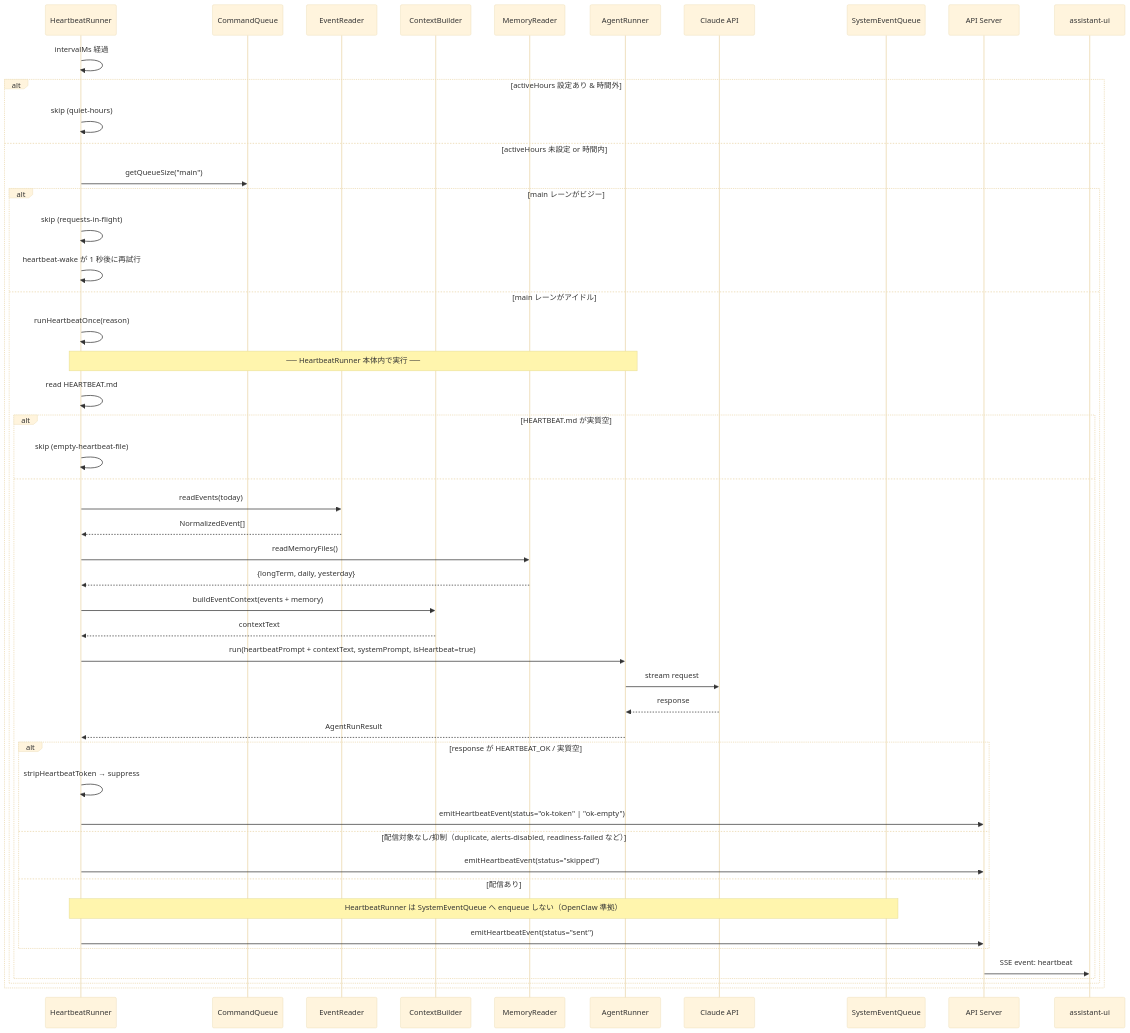
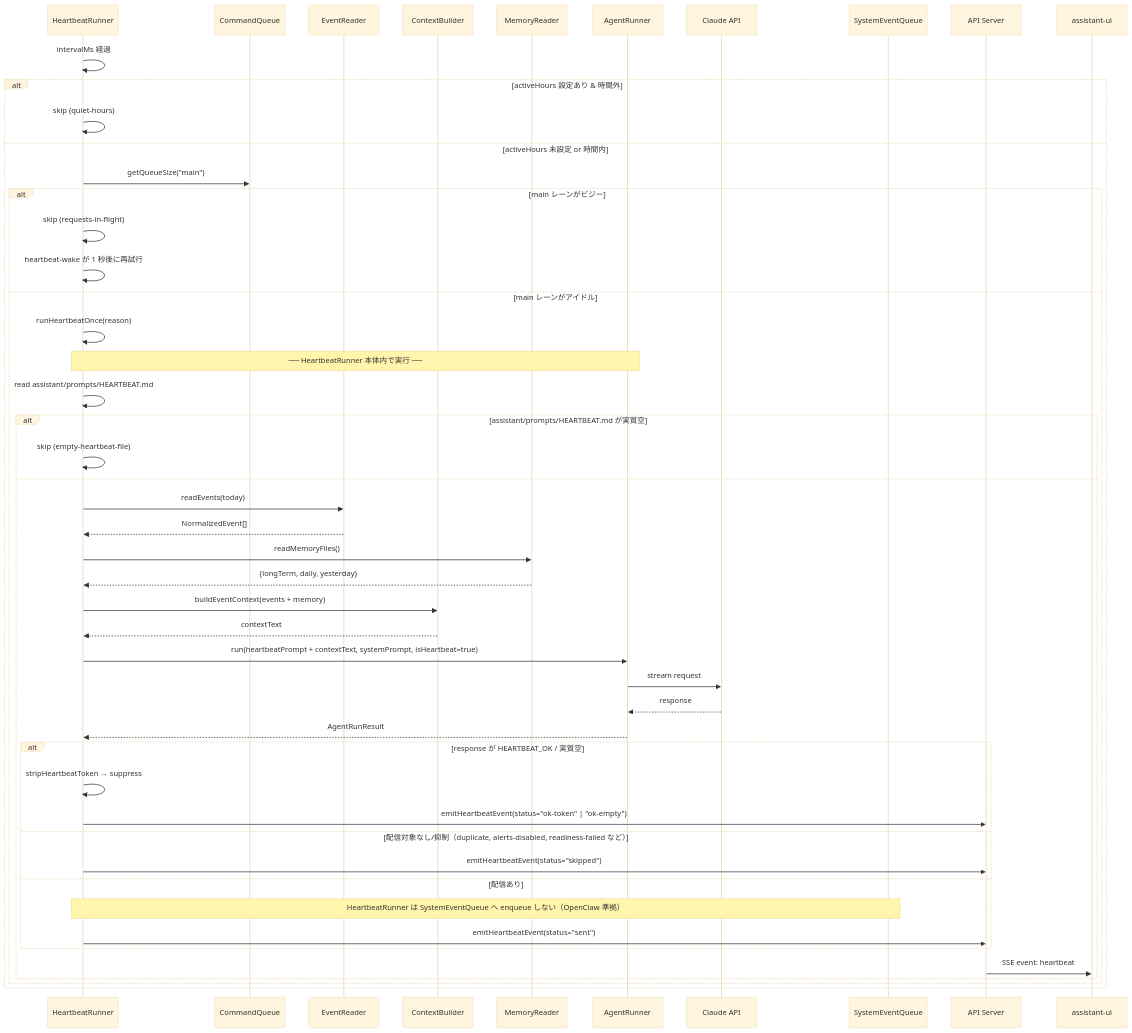
One commit to masahide/adjutant changed the second of 5 diagrams in doc/plan/260214-s01-ai-assistant-mvp.md. Above: the diagram before and after it, drawn with Mermaid (base theme). The commit also changed other lines of this file and 24 other files, not shown here.

````diff
--- a/doc/plan/260214-s01-ai-assistant-mvp.md
+++ b/doc/plan/260214-s01-ai-assistant-mvp.md
@@ -1030,58 +1030,58 @@
 ```mermaid
 sequenceDiagram
     participant Timer as HeartbeatRunner
     participant CQ as CommandQueue
     participant ER as EventReader
     participant CB as ContextBuilder
     participant MR as MemoryReader
     participant AR as AgentRunner
     participant LLM as Claude API
     participant SEQ as SystemEventQueue
     participant API as API Server
     participant UI as assistant-ui
 
     Timer->>Timer: intervalMs 経過
 
     alt activeHours 設定あり & 時間外
         Timer->>Timer: skip (quiet-hours)
     else activeHours 未設定 or 時間内
         Timer->>CQ: getQueueSize("main")
 
     alt main レーンがビジー
         Timer->>Timer: skip (requests-in-flight)
         Timer->>Timer: heartbeat-wake が 1 秒後に再試行
     else main レーンがアイドル
         Timer->>Timer: runHeartbeatOnce(reason)
 
         Note over Timer,AR: ── HeartbeatRunner 本体内で実行 ──
 
-        Timer->>Timer: read HEARTBEAT.md
-        alt HEARTBEAT.md が実質空
+        Timer->>Timer: read assistant/prompts/HEARTBEAT.md
+        alt assistant/prompts/HEARTBEAT.md が実質空
             Timer->>Timer: skip (empty-heartbeat-file)
         else
             Timer->>ER: readEvents(today)
             ER-->>Timer: NormalizedEvent[]
             Timer->>MR: readMemoryFiles()
             MR-->>Timer: {longTerm, daily, yesterday}
             Timer->>CB: buildEventContext(events + memory)
             CB-->>Timer: contextText
 
             Timer->>AR: run(heartbeatPrompt + contextText, systemPrompt, isHeartbeat=true)
             AR->>LLM: stream request
             LLM-->>AR: response
             AR-->>Timer: AgentRunResult
 
             alt response が HEARTBEAT_OK / 実質空
                 Timer->>Timer: stripHeartbeatToken → suppress
                 Timer->>API: emitHeartbeatEvent(status="ok-token" | "ok-empty")
             else 配信対象なし/抑制（duplicate, alerts-disabled, readiness-failed など）
                 Timer->>API: emitHeartbeatEvent(status="skipped")
             else 配信あり
                 Note over Timer,SEQ: HeartbeatRunner は SystemEventQueue へ enqueue しない（OpenClaw 準拠）
                 Timer->>API: emitHeartbeatEvent(status="sent")
             end
             API->>UI: SSE event: heartbeat
         end
     end
     end
 ```
````
